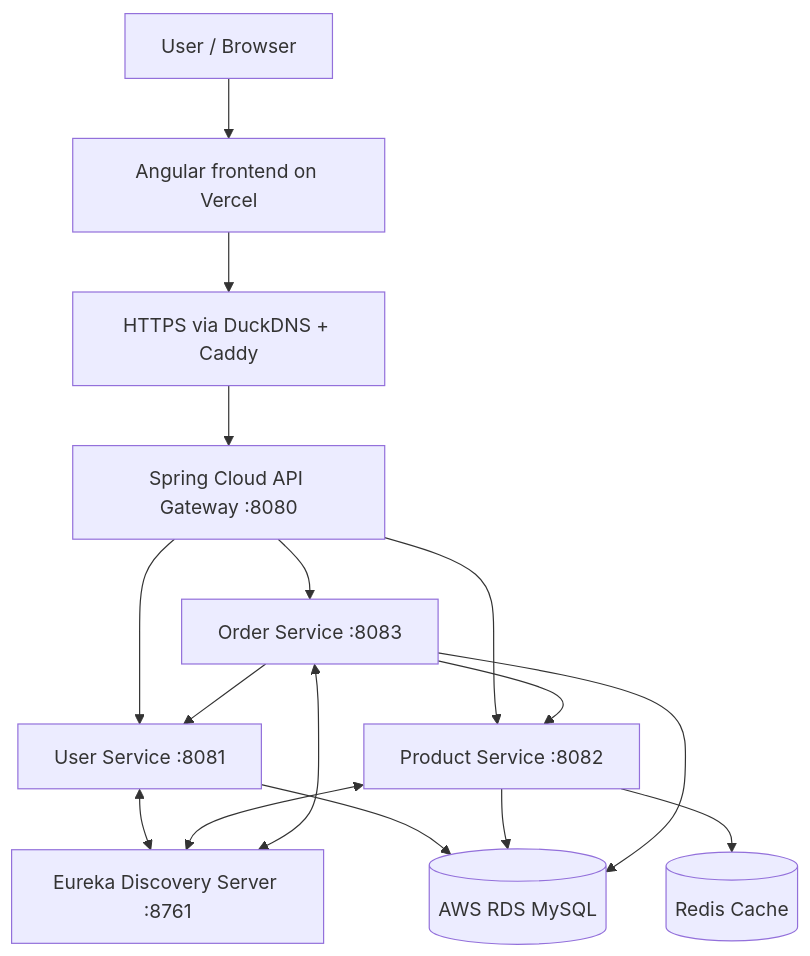
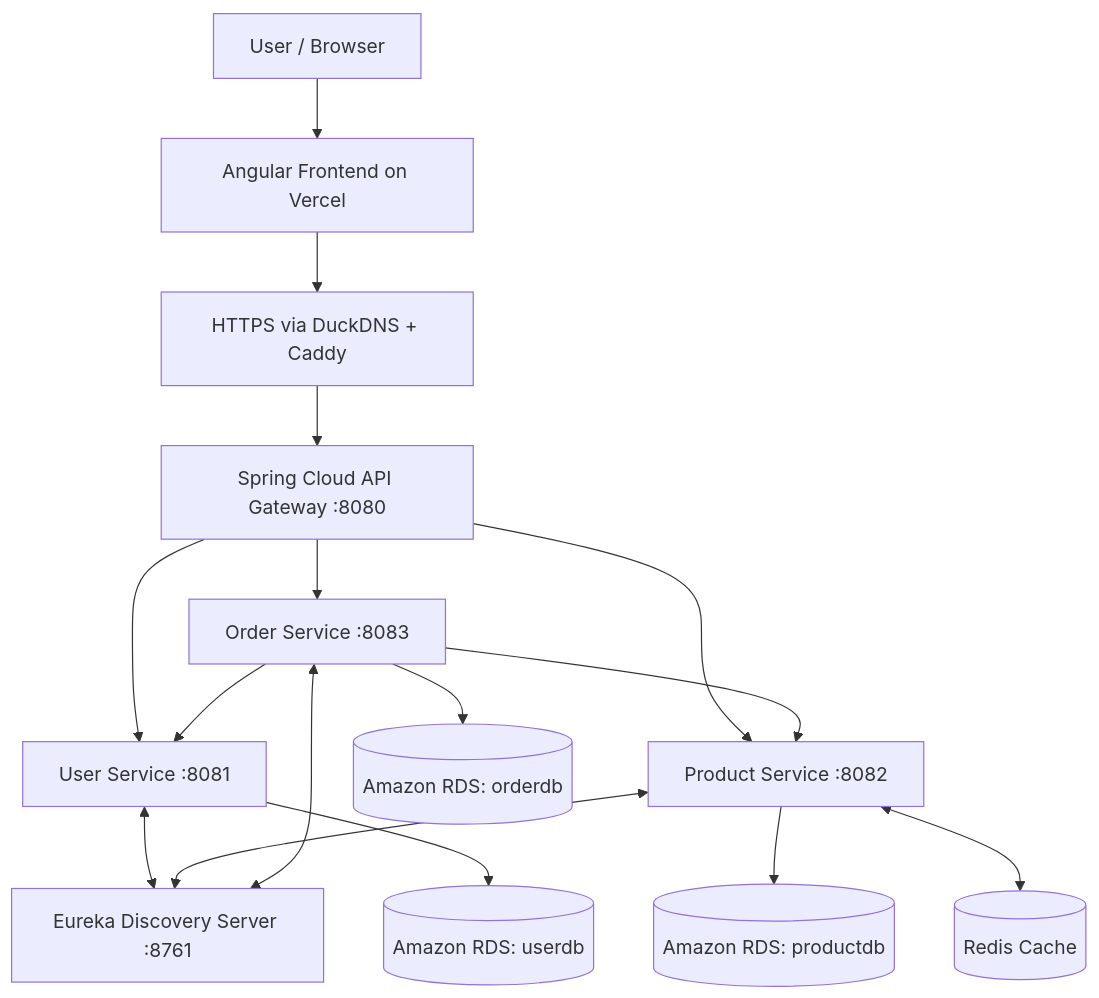
Before and after one commit to HarshaEgiteela/microservices: the first of 3 diagrams in README.md, drawn with Mermaid. The commit also changed other lines of this file, not shown here.

````diff
--- a/README.md
+++ b/README.md
@@ -36,18 +49,18 @@
 ```mermaid
 flowchart TD
-    U[User / Browser] --> FE[Angular frontend on Vercel]
+    U[User / Browser] --> FE[Angular Frontend on Vercel]
     FE --> HTTPS[HTTPS via DuckDNS + Caddy]
     HTTPS --> GW[Spring Cloud API Gateway :8080]
     GW --> US[User Service :8081]
     GW --> PS[Product Service :8082]
     GW --> OS[Order Service :8083]
     US <--> EU[Eureka Discovery Server :8761]
     PS <--> EU
     OS <--> EU
-    US --> DB[(AWS RDS MySQL)]
-    PS --> DB
-    OS --> DB
-    PS --> RC[(Redis Cache)]
+    US --> UDB[(Amazon RDS: userdb)]
+    PS --> PDB[(Amazon RDS: productdb)]
+    OS --> ODB[(Amazon RDS: orderdb)]
+    PS <--> RC[(Redis Cache)]
     OS --> US
     OS --> PS
 ```
````
